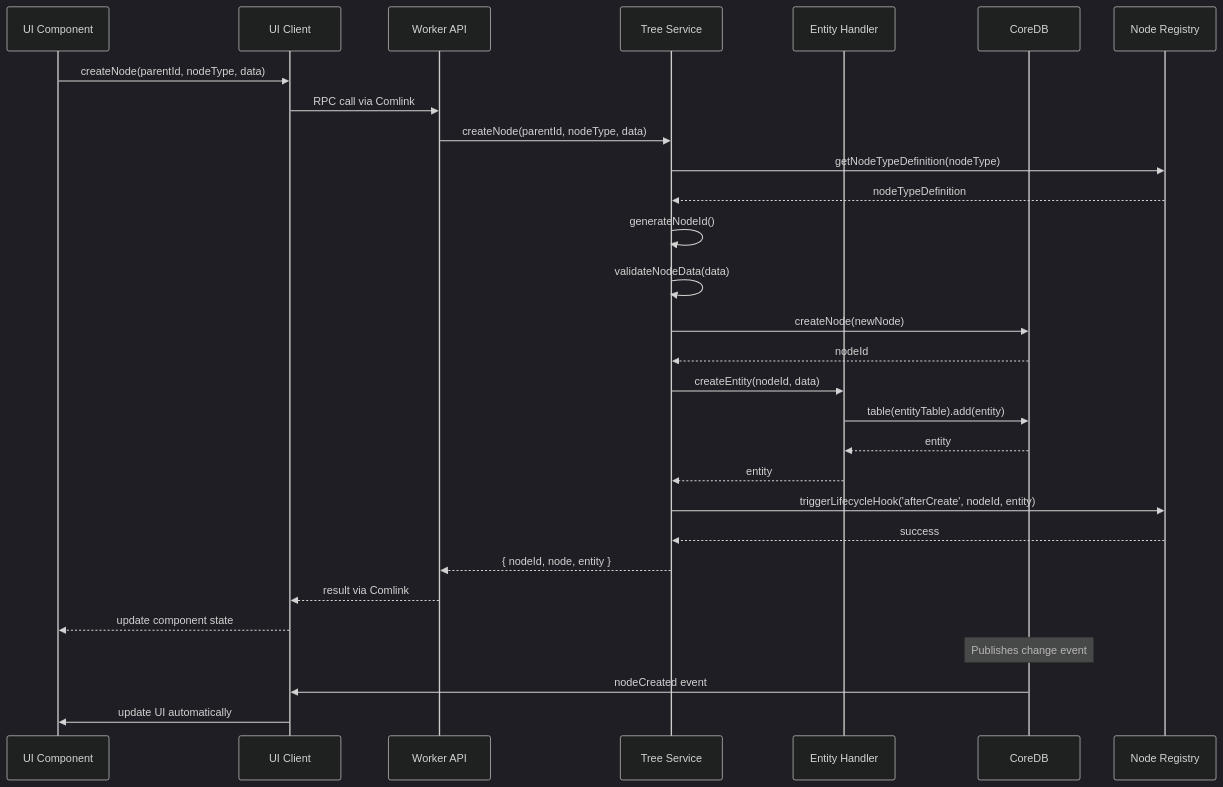
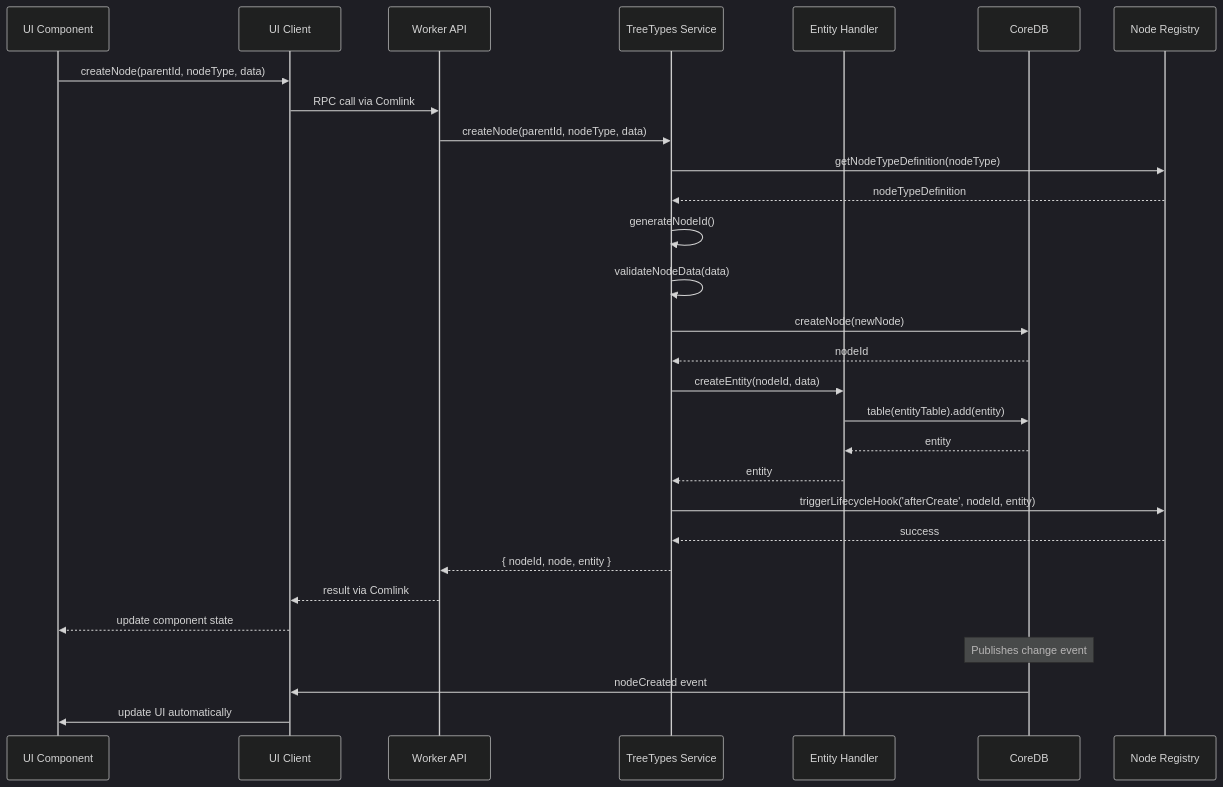
Before and after one commit to kubohiroya/hierarchidb: the second of 3 diagrams in docs/deprecated/MANUAL/02-architecture-overview.md, drawn with Mermaid (dark theme). The commit also changed 452 other files, not shown here.

````diff
--- a/docs/deprecated/MANUAL/02-architecture-overview.md
+++ b/docs/deprecated/MANUAL/02-architecture-overview.md
@@ -257,39 +257,39 @@
 ```mermaid
 sequenceDiagram
     participant UI as UI Component
     participant Client as UI Client
     participant Worker as Worker API
-    participant Service as Tree Service
+    participant Service as TreeTypes Service
     participant Handler as Entity Handler
     participant CoreDB as CoreDB
     participant Registry as Node Registry
     
     UI->>Client: createNode(parentId, nodeType, data)
     Client->>Worker: RPC call via Comlink
     Worker->>Service: createNode(parentId, nodeType, data)
     
     Service->>Registry: getNodeTypeDefinition(nodeType)
     Registry-->>Service: nodeTypeDefinition
     
     Service->>Service: generateNodeId()
     Service->>Service: validateNodeData(data)
     
     Service->>CoreDB: createNode(newNode)
     CoreDB-->>Service: nodeId
     
     Service->>Handler: createEntity(nodeId, data)
     Handler->>CoreDB: table(entityTable).add(entity)
     CoreDB-->>Handler: entity
     Handler-->>Service: entity
     
     Service->>Registry: triggerLifecycleHook('afterCreate', nodeId, entity)
     Registry-->>Service: success
     
     Service-->>Worker: { nodeId, node, entity }
     Worker-->>Client: result via Comlink
     Client-->>UI: update component state
     
     Note over CoreDB: Publishes change event
     CoreDB->>Client: nodeCreated event
     Client->>UI: update UI automatically
 ```
````
